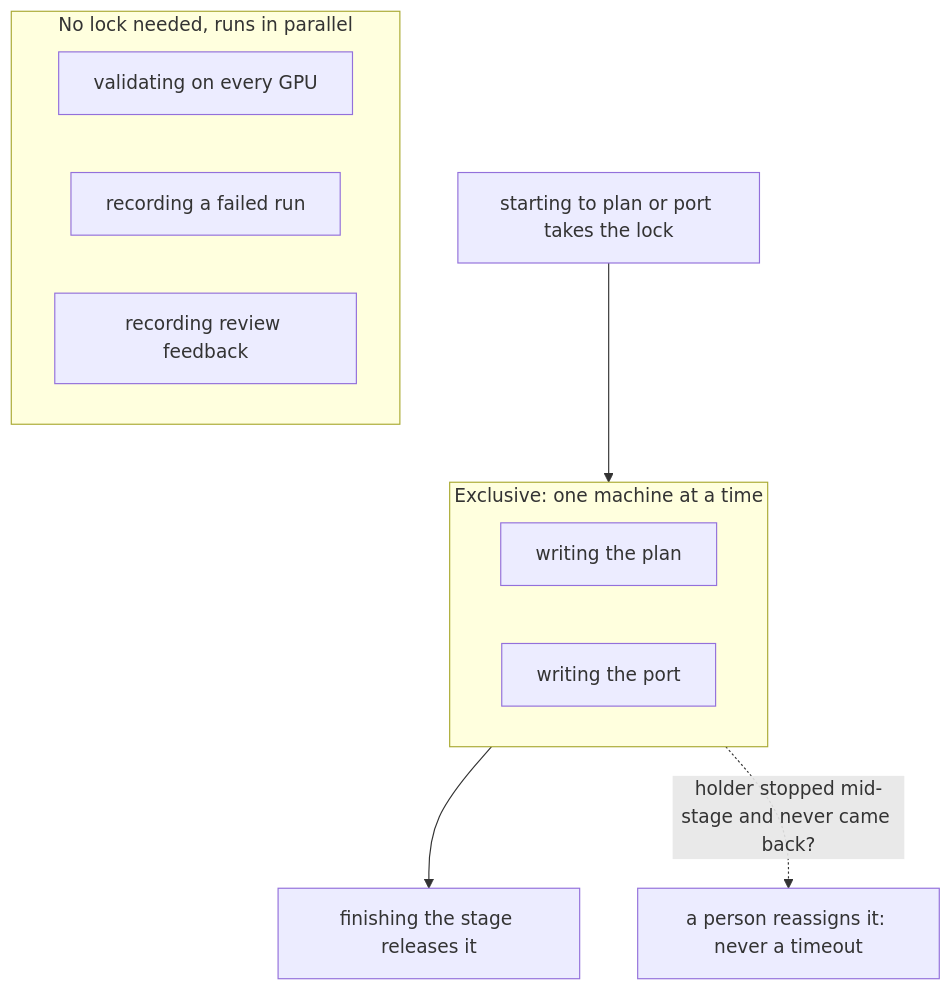
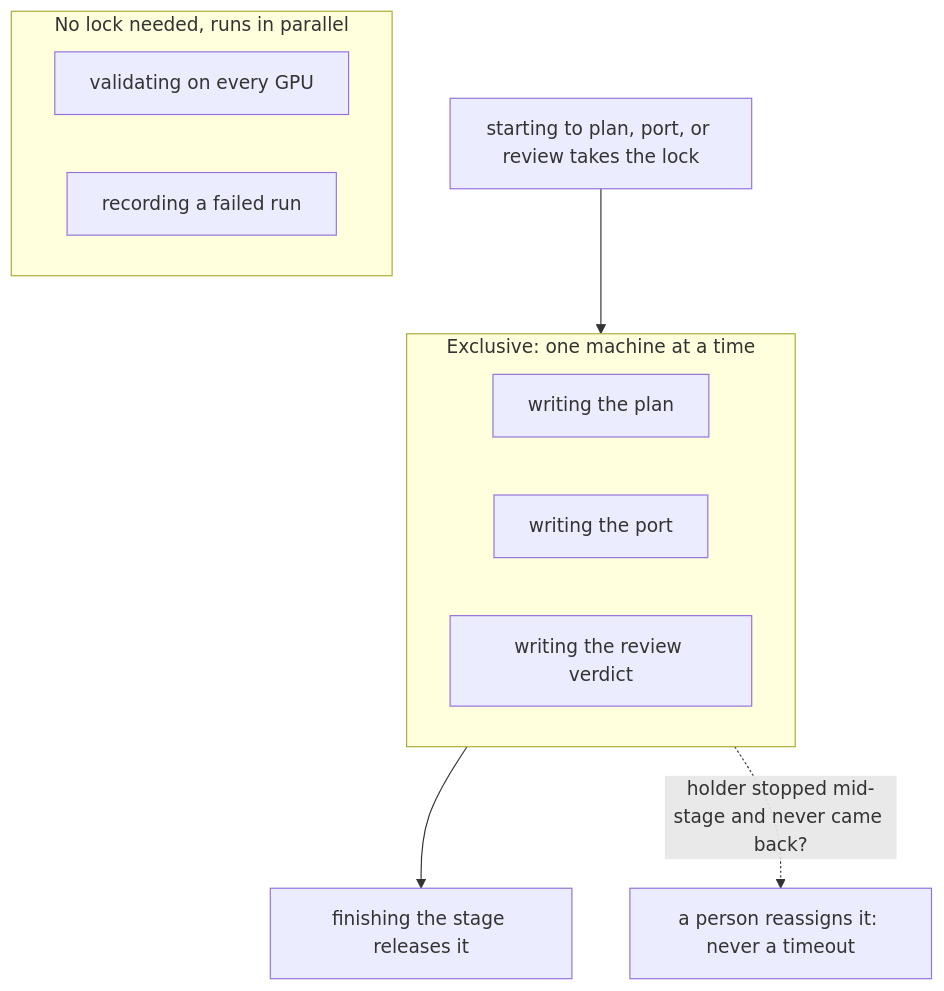
The ninth of 12 diagrams in VISUAL.md (AMD-Ecosystem/moat), drawn with Mermaid before and after one commit. The commit also changed other lines of this file and 6 other files, not shown here.

````diff
--- a/VISUAL.md
+++ b/VISUAL.md
@@ -296,15 +297,15 @@
 ```mermaid
 flowchart TB
-    acquire["starting to plan or port takes the lock"] --> excl
+    acquire["starting to plan, port, or review takes the lock"] --> excl
     subgraph excl["Exclusive: one machine at a time"]
         planning["writing the plan"]
         porting["writing the port"]
+        reviewing["writing the review verdict"]
     end
     excl --> release["finishing the stage releases it"]
     excl -. "holder stopped mid-stage and never came back?" .-> take["a person reassigns it: never a timeout"]
     subgraph par["No lock needed, runs in parallel"]
         v1["validating on every GPU"]
         v3["recording a failed run"]
-        v4["recording review feedback"]
     end
 ```
````
